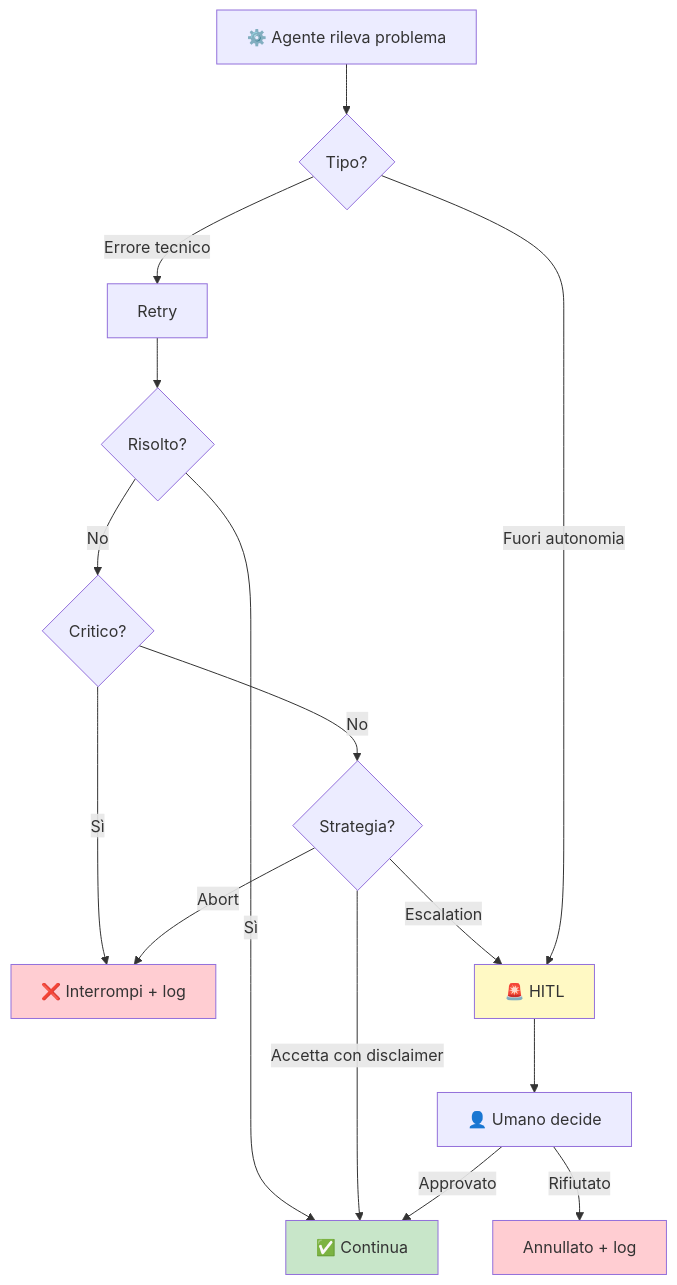
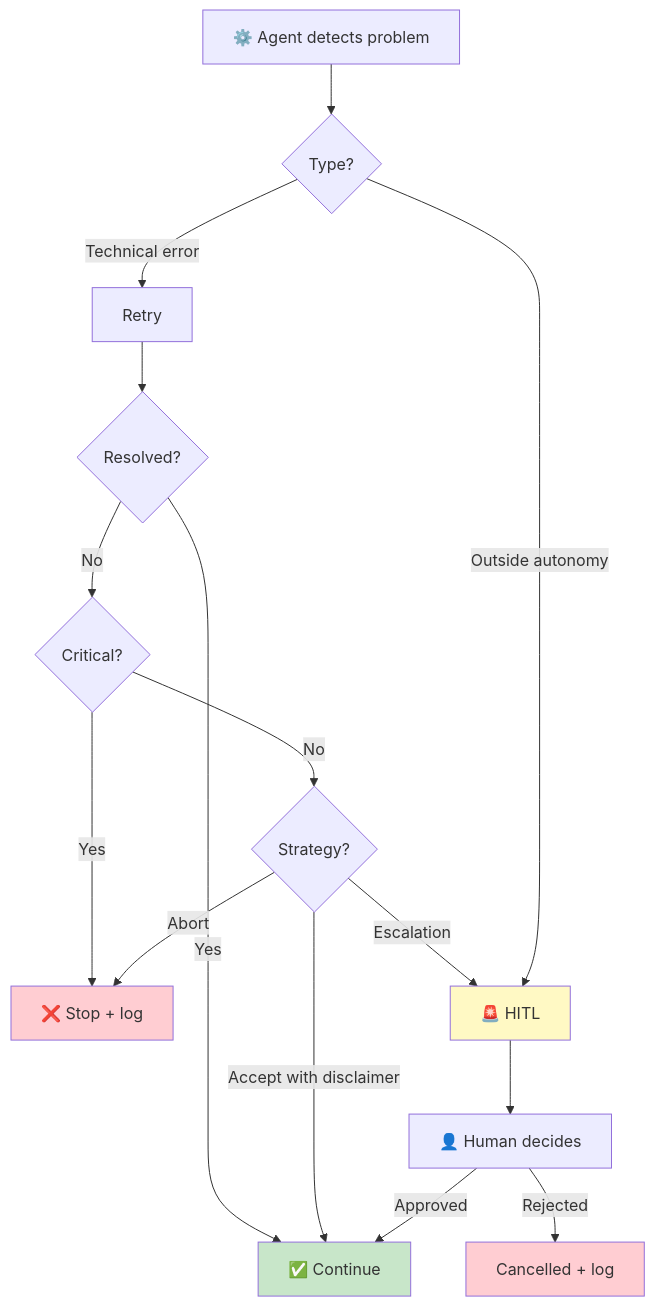
One commit to GravyaDev/trdex changed the diagram in ai-operations-registry/escalation.md. Above: the diagram before and after it, drawn with Mermaid. The commit also changed other lines of this file and 10 other files, not shown here.

````diff
--- a/ai-operations-registry/escalation.md
+++ b/ai-operations-registry/escalation.md
@@ -7,26 +7,26 @@
 ```mermaid
 flowchart TD
-    E["⚙️ Agente rileva problema"] --> S{"Tipo?"}
+    E["⚙️ Agent detects problem"] --> S{"Type?"}
     
-    S -->|"Errore tecnico"| R["Retry"]
-    R --> R1{"Risolto?"}
-    R1 -- Sì --> OK["✅ Continua"]
-    R1 -- No --> F{"Critico?"}
+    S -->|"Technical error"| R["Retry"]
+    R --> R1{"Resolved?"}
+    R1 -- Yes --> OK["✅ Continue"]
+    R1 -- No --> F{"Critical?"}
     
-    F -- Sì --> FAIL["❌ Interrompi + log"]
-    F -- No --> PS{"Strategia?"}
-    PS -->|"Accetta con disclaimer"| OK
+    F -- Yes --> FAIL["❌ Stop + log"]
+    F -- No --> PS{"Strategy?"}
+    PS -->|"Accept with disclaimer"| OK
     PS -->|"Escalation"| HITL
     PS -->|"Abort"| FAIL
     
-    S -->|"Fuori autonomia"| HITL["🚨 HITL"]
+    S -->|"Outside autonomy"| HITL["🚨 HITL"]
     
-    HITL --> HUM["👤 Umano decide"]
-    HUM -->|"Approvato"| OK
-    HUM -->|"Rifiutato"| CANCEL["Annullato + log"]
+    HITL --> HUM["👤 Human decides"]
+    HUM -->|"Approved"| OK
+    HUM -->|"Rejected"| CANCEL["Cancelled + log"]
     
     style OK fill:#c8e6c9
     style HITL fill:#fff9c4
     style FAIL fill:#ffcdd2
     style CANCEL fill:#ffcdd2
 ```
````
